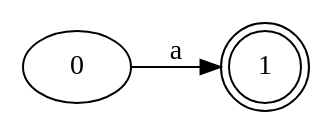
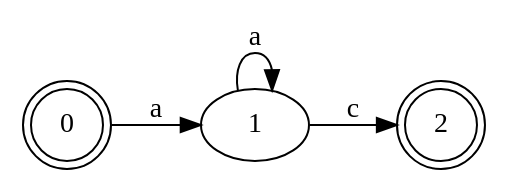
The diagram in grafos/AFD directo.gv (estebancabreraa/proyecto-diseno-lenguajes), drawn with Graphviz before and after one commit. The commit also changed 13 other files, not shown here.

```diff
--- a/grafos/AFD directo.gv
+++ b/grafos/AFD directo.gv
@@ -1,6 +1,9 @@
 digraph Automata {
 	rankdir=LR
-	0 [label=0]
-	1 [label=1 shape=doublecircle]
+	0 [label=0 shape=doublecircle]
+	1 [label=1]
+	2 [label=2 shape=doublecircle]
 	0 -> 1 [label=a]
+	1 -> 1 [label=a]
+	1 -> 2 [label=c]
 }
```
